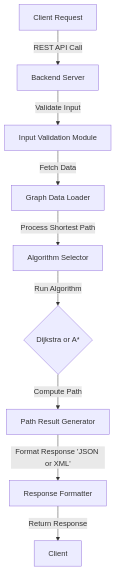
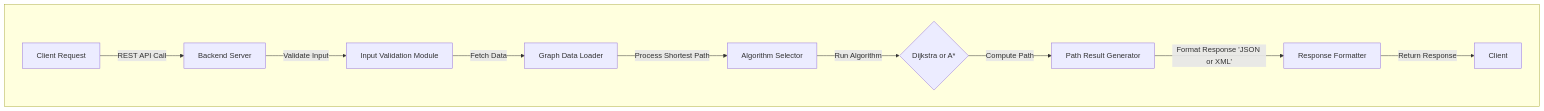
The first of 3 diagrams in documents/technical_specifications/TechnicalSpecifications.md (algosup/2024-2025-project-3-quickest-path-team-5), drawn with Mermaid before and after one commit. The commit also changed other lines of this file, not shown here.

Commit message:
refactoring the data flow section + adding the pathfinding execution flow

````diff
--- a/documents/technical_specifications/TechnicalSpecifications.md
+++ b/documents/technical_specifications/TechnicalSpecifications.md
@@ -303,11 +307,13 @@
 ```mermaid
 graph TD  
+  subgraph  
     A[Client Request] -->|REST API Call| B[Backend Server]  
     B -->|Validate Input| C[Input Validation Module]  
     C -->|Fetch Data| D[Graph Data Loader]  
     D -->|Process Shortest Path| E[Algorithm Selector]  
     E -->|Run Algorithm| F{Dijkstra or A*}  
     F -->|Compute Path| G[Path Result Generator]  
     G -->|Format Response 'JSON or XML'| H[Response Formatter]  
     H -->|Return Response| I[Client]  
+  end
 ```
````
